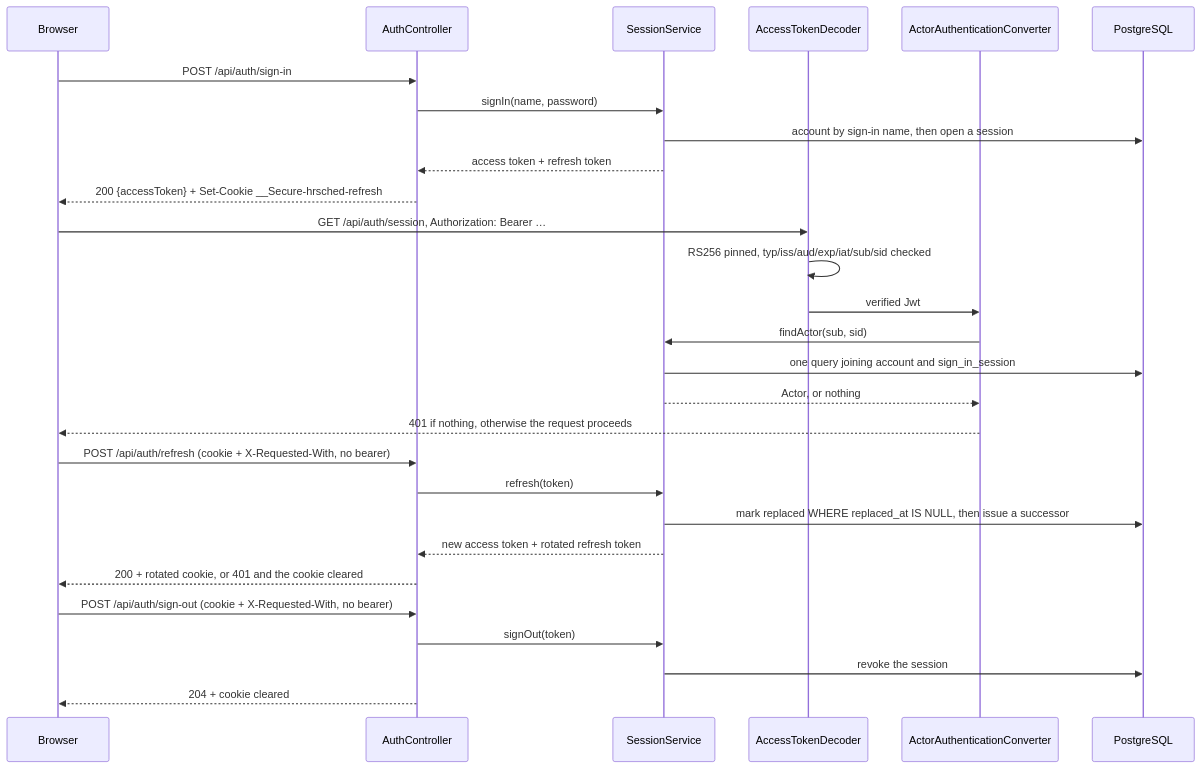
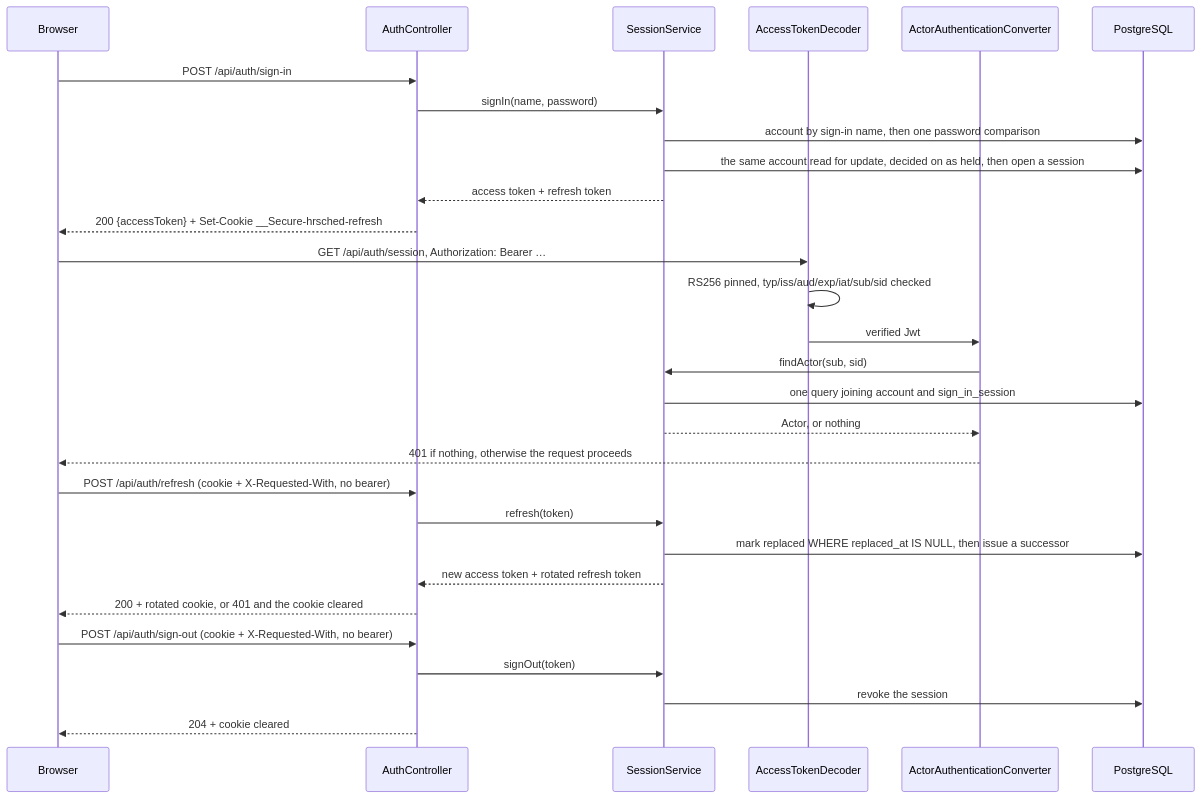
One commit to NaimElijah/HrSched changed the second of 3 diagrams in docs/architecture/architecture.md. Above: the diagram before and after it, drawn with Mermaid. The commit also changed other lines of this file and 4 other files, not shown here.

````diff
--- a/docs/architecture/architecture.md
+++ b/docs/architecture/architecture.md
@@ -182,34 +182,35 @@
 ```mermaid
 sequenceDiagram
     participant B as Browser
     participant A as AuthController
     participant S as SessionService
     participant D as AccessTokenDecoder
     participant V as ActorAuthenticationConverter
     participant DB as PostgreSQL
 
     B->>A: POST /api/auth/sign-in
     A->>S: signIn(name, password)
-    S->>DB: account by sign-in name, then open a session
+    S->>DB: account by sign-in name, then one password comparison
+    S->>DB: the same account read for update, decided on as held, then open a session
     S-->>A: access token + refresh token
     A-->>B: 200 {accessToken} + Set-Cookie __Secure-hrsched-refresh
 
     B->>D: GET /api/auth/session, Authorization: Bearer …
     D->>D: RS256 pinned, typ/iss/aud/exp/iat/sub/sid checked
     D->>V: verified Jwt
     V->>S: findActor(sub, sid)
     S->>DB: one query joining account and sign_in_session
     S-->>V: Actor, or nothing
     V-->>B: 401 if nothing, otherwise the request proceeds
 
     B->>A: POST /api/auth/refresh (cookie + X-Requested-With, no bearer)
     A->>S: refresh(token)
     S->>DB: mark replaced WHERE replaced_at IS NULL, then issue a successor
     S-->>A: new access token + rotated refresh token
     A-->>B: 200 + rotated cookie, or 401 and the cookie cleared
 
     B->>A: POST /api/auth/sign-out (cookie + X-Requested-With, no bearer)
     A->>S: signOut(token)
     S->>DB: revoke the session
     A-->>B: 204 + cookie cleared
 ```
````
